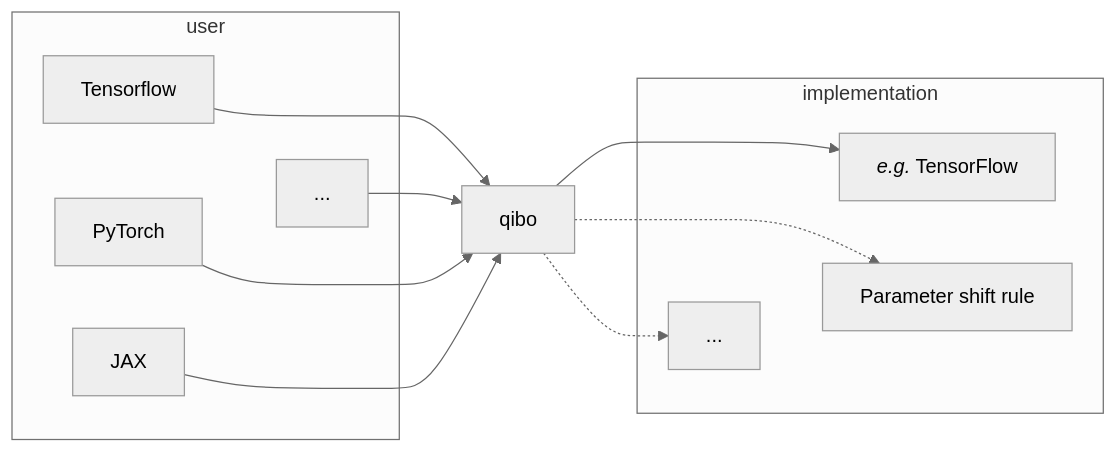
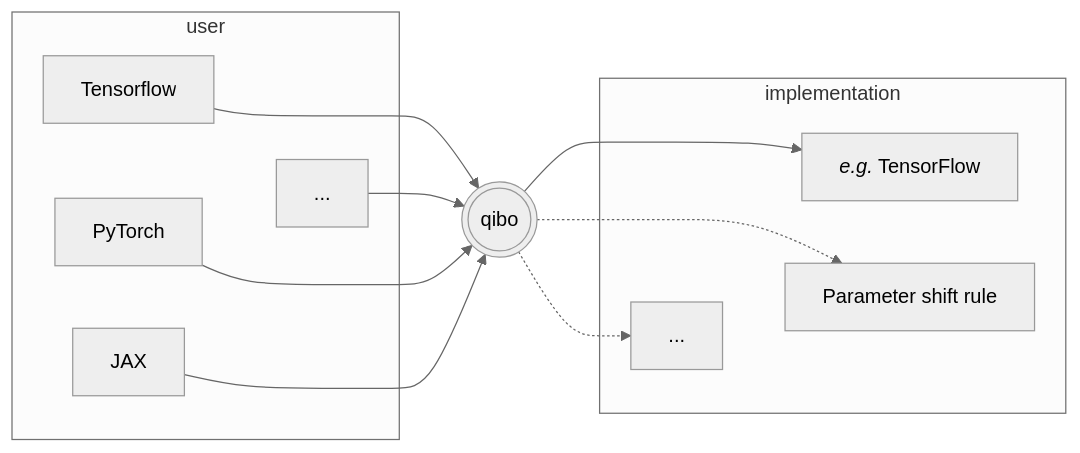
One commit to alecandido/slides changed the first of 3 diagrams in slidev/2024-INFN-Trento/slides.md. Above: the diagram before and after it, drawn with Mermaid (neutral theme). The commit also changed other lines of this file and 1 other file, not shown here.

````diff
--- a/slidev/2024-INFN-Trento/slides.md
+++ b/slidev/2024-INFN-Trento/slides.md
@@ -140,18 +140,18 @@
 ```mermaid
 flowchart LR
   subgraph user
     tf ~~~ fw
     pt ~~~ fw
     jx ~~~ fw
   end
   tf[Tensorflow] --> qibo --> ifw["<em>e.g.</em> TensorFlow"]
-  pt[PyTorch] --> qibo
+  pt[PyTorch] --> qibo(((qibo)))
   jx[JAX] --> qibo
   fw[...] --> qibo
   qibo -.-> hw[Parameter shift rule]
   qibo -.-> hw1[...]
   subgraph implementation
     hw1 ~~~ ifw
     hw1 ~~~ hw
   end
 ```
````
